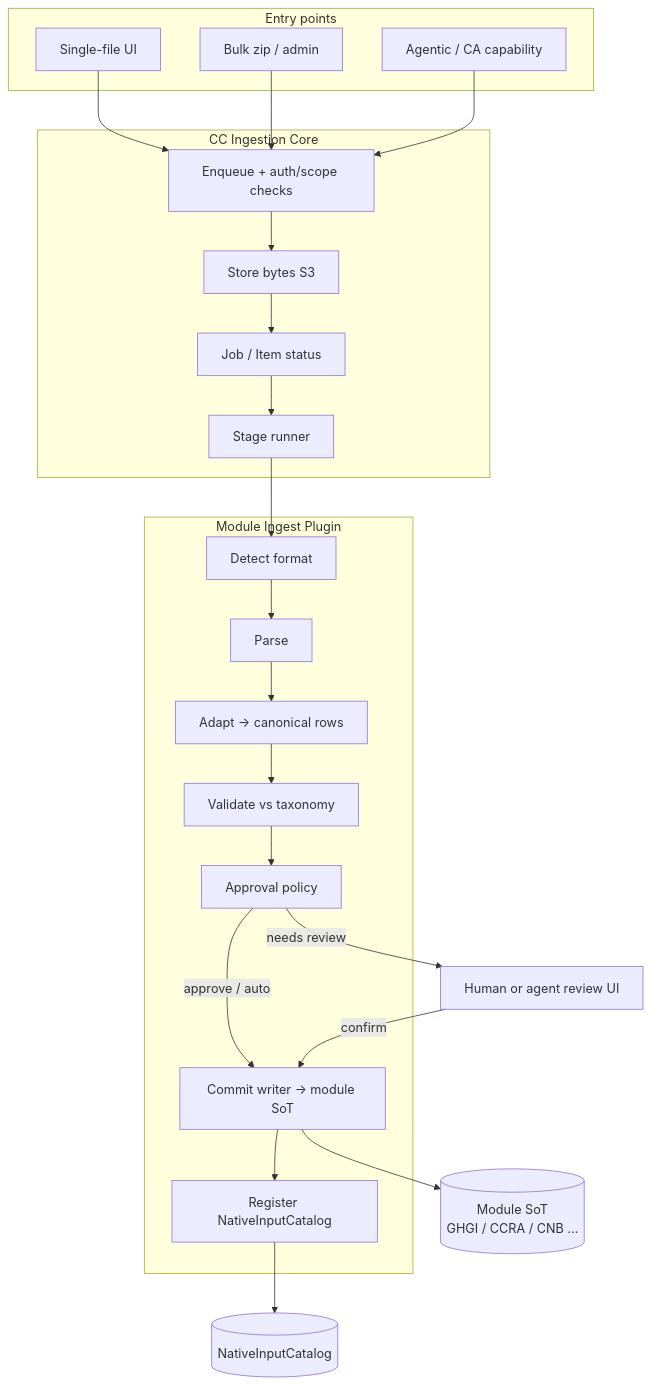
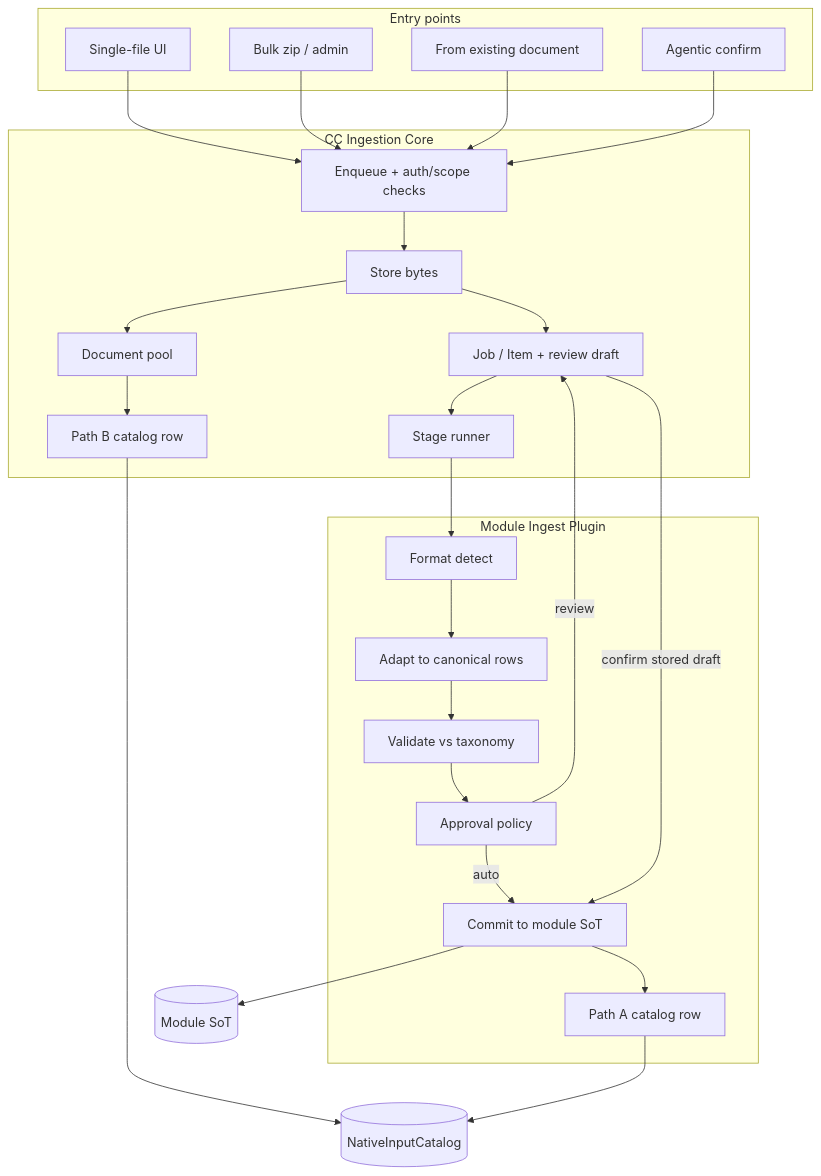
Before and after one commit to Open-Earth-Foundation/CityCatalyst: the first of 2 diagrams in docs/GenericFileIngestionArchitecture.md, drawn with Mermaid. The commit also changed other lines of this file, not shown here.

First line of the commit message:
docs: spell out source lifecycle, review durability, and the CA handoff

````diff
--- a/docs/GenericFileIngestionArchitecture.md
+++ b/docs/GenericFileIngestionArchitecture.md
@@ -84,38 +136,43 @@
 ```mermaid
 flowchart TB
   subgraph Entry["Entry points"]
     UI["Single-file UI"]
     Bulk["Bulk zip / admin"]
-    Agent["Agentic / CA capability"]
+    FromDoc["From existing document"]
+    Agent["Agentic confirm"]
   end
 
   subgraph Core["CC Ingestion Core"]
     Enqueue["Enqueue + auth/scope checks"]
-    Store["Store bytes S3"]
-    Job["Job / Item status"]
+    Store["Store bytes"]
+    Pool["Document pool"]
+    PathB["Path B catalog row"]
+    Job["Job / Item + review draft"]
     Runner["Stage runner"]
   end
 
   subgraph Plugin["Module Ingest Plugin"]
-    Detect["Detect format"]
-    Parse["Parse"]
-    Adapt["Adapt → canonical rows"]
+    Detect["Format detect"]
+    Adapt["Adapt to canonical rows"]
     Validate["Validate vs taxonomy"]
     Policy["Approval policy"]
-    Write["Commit writer → module SoT"]
-    Catalog["Register NativeInputCatalog"]
+    Write["Commit to module SoT"]
+    PathA["Path A catalog row"]
   end
 
-  SoT[("Module SoT<br/>GHGI / CCRA / CNB …")]
+  SoT[("Module SoT")]
   NIC[("NativeInputCatalog")]
 
   UI --> Enqueue
   Bulk --> Enqueue
+  FromDoc --> Enqueue
   Agent --> Enqueue
-  Enqueue --> Store --> Job --> Runner
-  Runner --> Detect --> Parse --> Adapt --> Validate --> Policy
-  Policy -->|approve / auto| Write --> SoT
-  Write --> Catalog --> NIC
-  Policy -->|needs review| Review["Human or agent review UI"]
-  Review -->|confirm| Write
+  Enqueue --> Store --> Pool --> PathB --> NIC
+  Store --> Job --> Runner
+  Runner --> Detect --> Adapt --> Validate --> Policy
+  Policy -->|auto| Write
+  Policy -->|review| Job
+  Job -->|confirm stored draft| Write
+  Write --> SoT
+  Write --> PathA --> NIC
 ```
````
